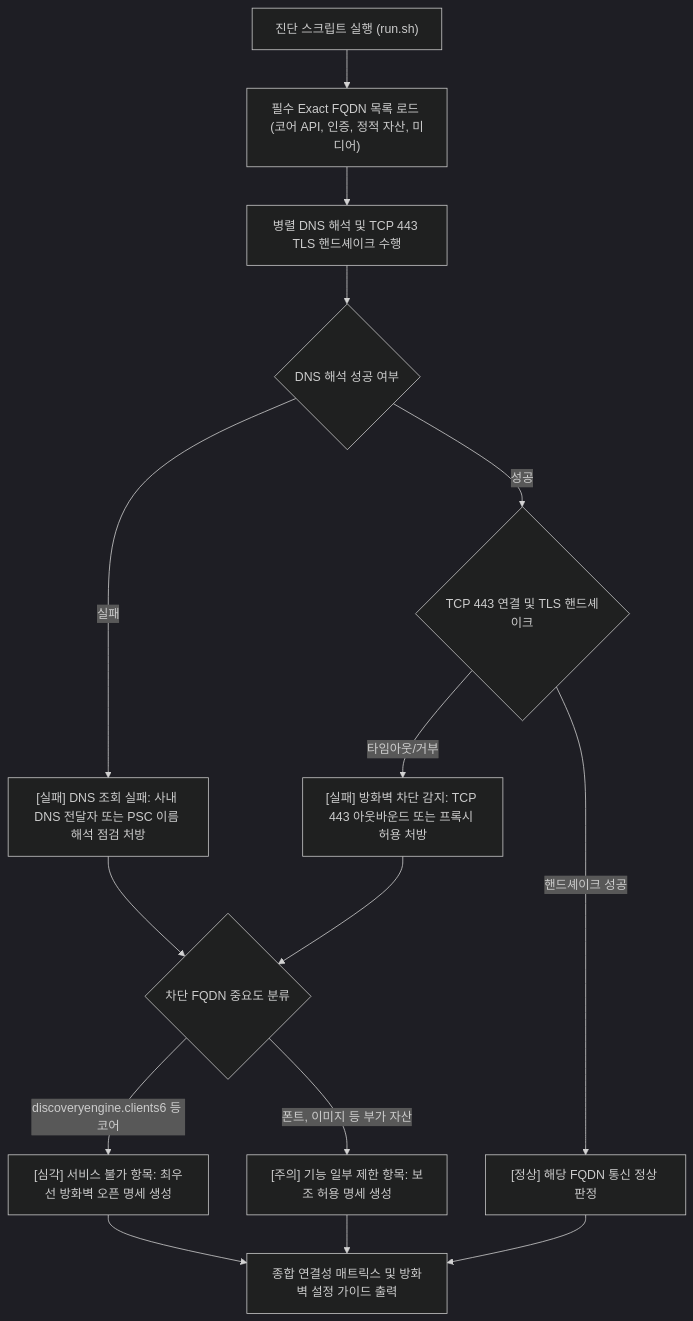
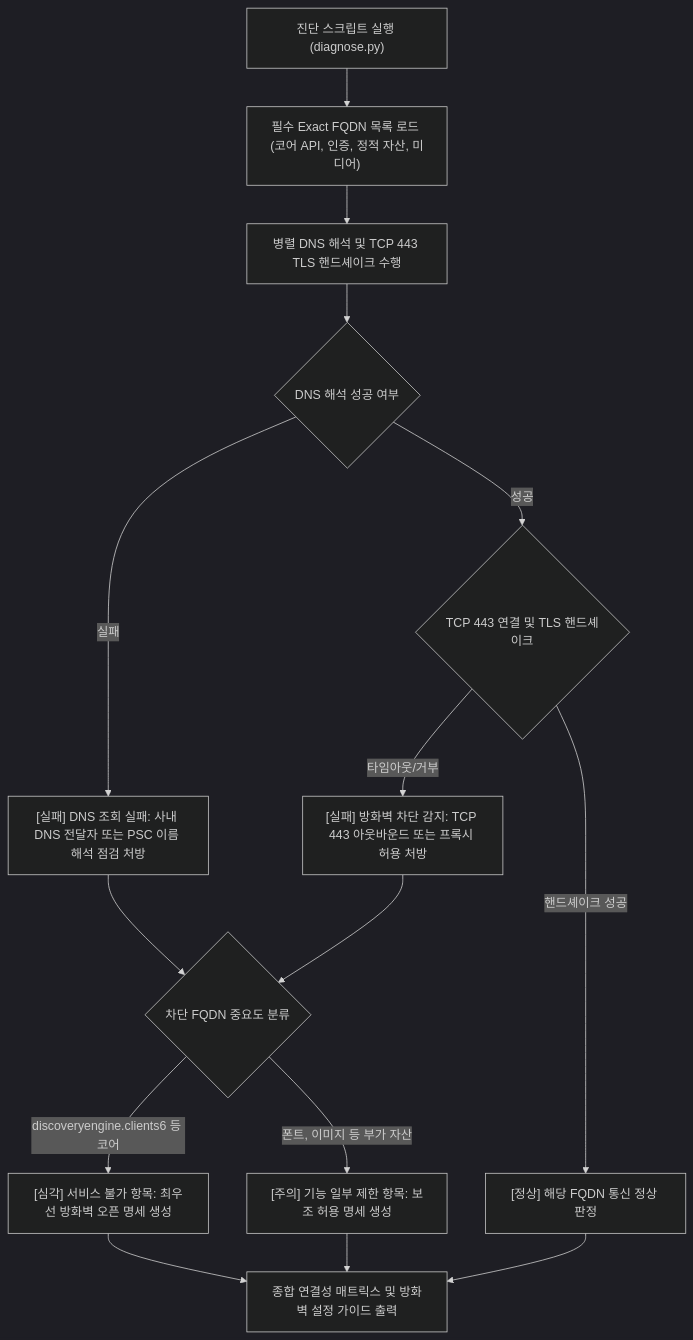
Before and after one commit to jiangjun-forge/google-cloud-0-to-1: the diagram in samples/gemini-enterprise-fqdn-checker/README.md, drawn with Mermaid (dark theme). The commit also changed other lines of this file and 180 other files, not shown here.

````diff
--- a/samples/gemini-enterprise-fqdn-checker/README.md
+++ b/samples/gemini-enterprise-fqdn-checker/README.md
@@ -38,22 +38,22 @@
 ```mermaid
 flowchart TD
-    Start["진단 스크립트 실행 (run.sh)"] --> LoadTargets["필수 Exact FQDN 목록 로드 (코어 API, 인증, 정적 자산, 미디어)"]
+    Start["진단 스크립트 실행 (diagnose.py)"] --> LoadTargets["필수 Exact FQDN 목록 로드 (코어 API, 인증, 정적 자산, 미디어)"]
     LoadTargets --> ConcurrentProbe["병렬 DNS 해석 및 TCP 443 TLS 핸드셰이크 수행"]
     
     ConcurrentProbe --> CheckDNS{"DNS 해석 성공 여부"}
     CheckDNS -->|"실패"| FailDNS["[실패] DNS 조회 실패: 사내 DNS 전달자 또는 PSC 이름 해석 점검 처방"]
     CheckDNS -->|"성공"| CheckTCP{"TCP 443 연결 및 TLS 핸드셰이크"}
     
     CheckTCP -->|"타임아웃/거부"| FailFW["[실패] 방화벽 차단 감지: TCP 443 아웃바운드 또는 프록시 허용 처방"]
     CheckTCP -->|"핸드셰이크 성공"| PassConn["[정상] 해당 FQDN 통신 정상 판정"]
     
     FailDNS --> ClassifySeverity{"차단 FQDN 중요도 분류"}
     FailFW --> ClassifySeverity
     
     ClassifySeverity -->|"discoveryengine.clients6 등 코어"| CriticalReport["[심각] 서비스 불가 항목: 최우선 방화벽 오픈 명세 생성"]
     ClassifySeverity -->|"폰트, 이미지 등 부가 자산"| WarningReport["[주의] 기능 일부 제한 항목: 보조 허용 명세 생성"]
     
     PassConn --> ReportSummary["종합 연결성 매트릭스 및 방화벽 설정 가이드 출력"]
     CriticalReport --> ReportSummary
     WarningReport --> ReportSummary
 ```
````
